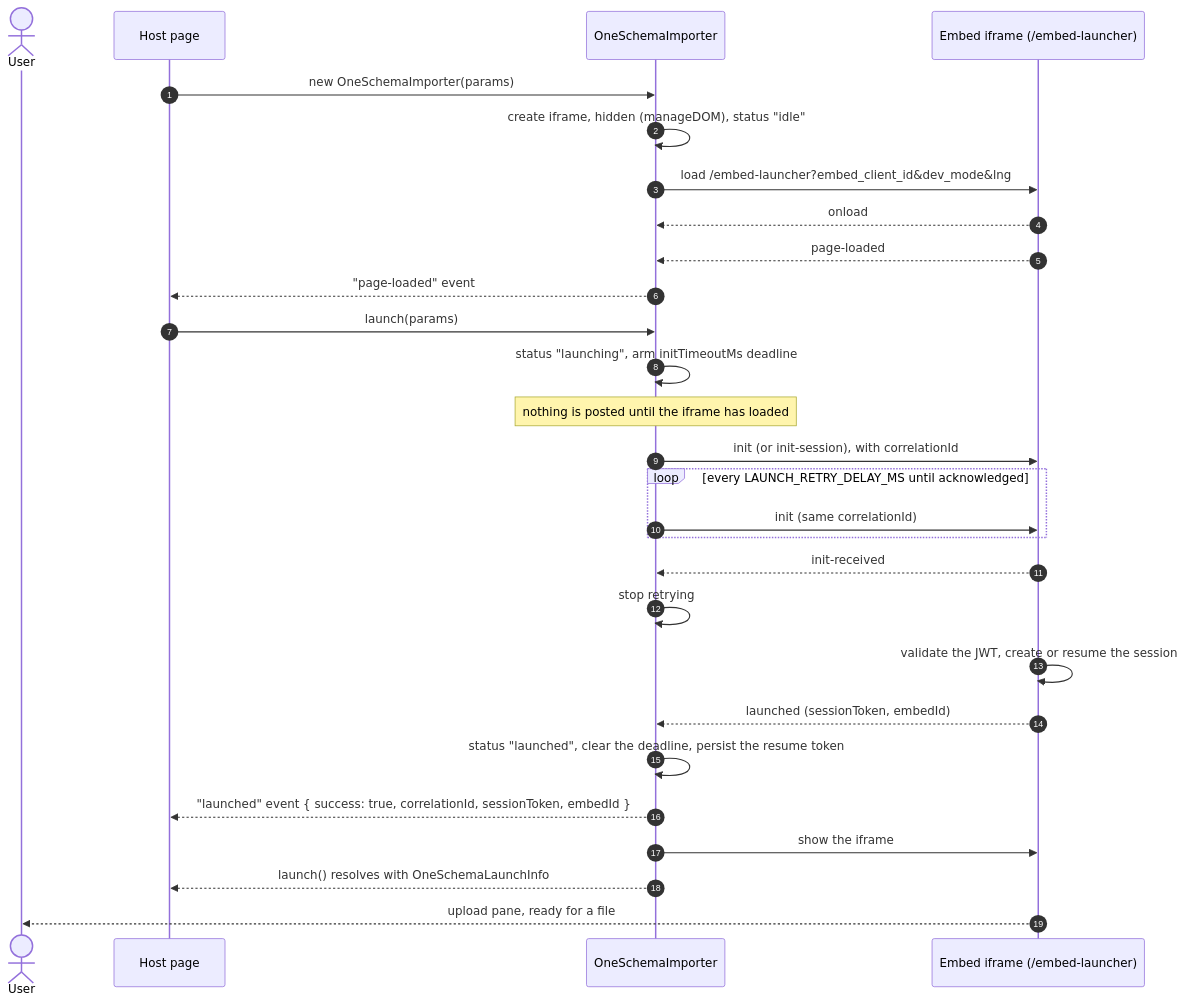
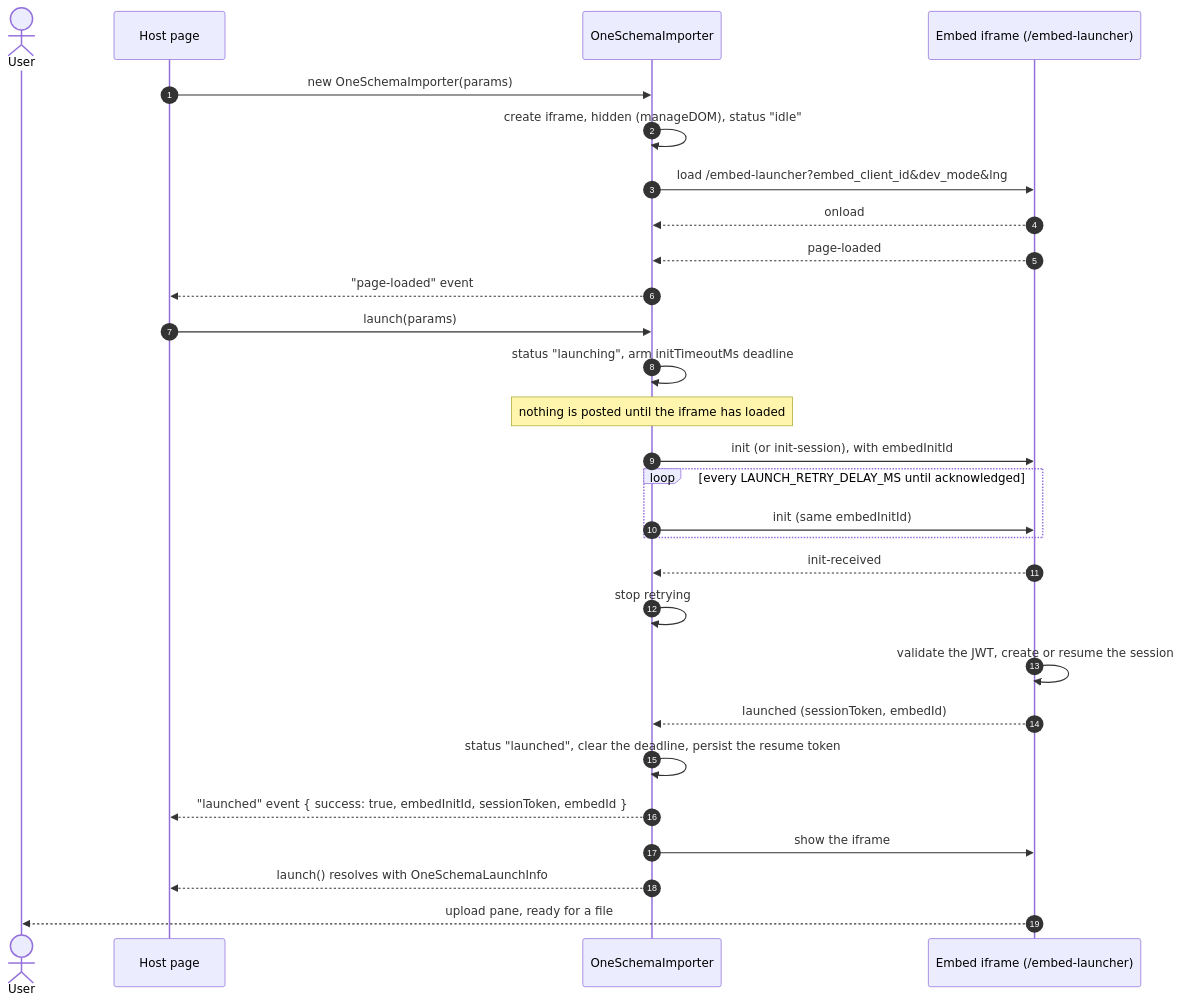
Before and after one commit to oneschema/sdk: the first of 3 diagrams in packages/importer/LAUNCH-SEQUENCE.md, drawn with Mermaid. The commit also changed other lines of this file and 6 other files, not shown here.

Commit message:
refactor(importer)!: name the launch attempt id embedInitId

````diff
--- a/packages/importer/LAUNCH-SEQUENCE.md
+++ b/packages/importer/LAUNCH-SEQUENCE.md
@@ -7,33 +7,33 @@
 ```mermaid
 sequenceDiagram
     autonumber
     actor User
     participant Host as Host page
     participant SDK as OneSchemaImporter
     participant Embed as Embed iframe (/embed-launcher)
 
     Host->>SDK: new OneSchemaImporter(params)
     SDK->>SDK: create iframe, hidden (manageDOM), status "idle"
     SDK->>Embed: load /embed-launcher?embed_client_id&dev_mode&lng
     Embed-->>SDK: onload
     Embed-->>SDK: page-loaded
     SDK-->>Host: "page-loaded" event
 
     Host->>SDK: launch(params)
     SDK->>SDK: status "launching", arm initTimeoutMs deadline
     Note over SDK: nothing is posted until the iframe has loaded
-    SDK->>Embed: init (or init-session), with correlationId
+    SDK->>Embed: init (or init-session), with embedInitId
     loop every LAUNCH_RETRY_DELAY_MS until acknowledged
-        SDK->>Embed: init (same correlationId)
+        SDK->>Embed: init (same embedInitId)
     end
     Embed-->>SDK: init-received
     SDK->>SDK: stop retrying
 
     Embed->>Embed: validate the JWT, create or resume the session
     Embed-->>SDK: launched (sessionToken, embedId)
     SDK->>SDK: status "launched", clear the deadline, persist the resume token
-    SDK-->>Host: "launched" event { success: true, correlationId, sessionToken, embedId }
+    SDK-->>Host: "launched" event { success: true, embedInitId, sessionToken, embedId }
     SDK->>Embed: show the iframe
     SDK-->>Host: launch() resolves with OneSchemaLaunchInfo
     Embed-->>User: upload pane, ready for a file
 ```
````
